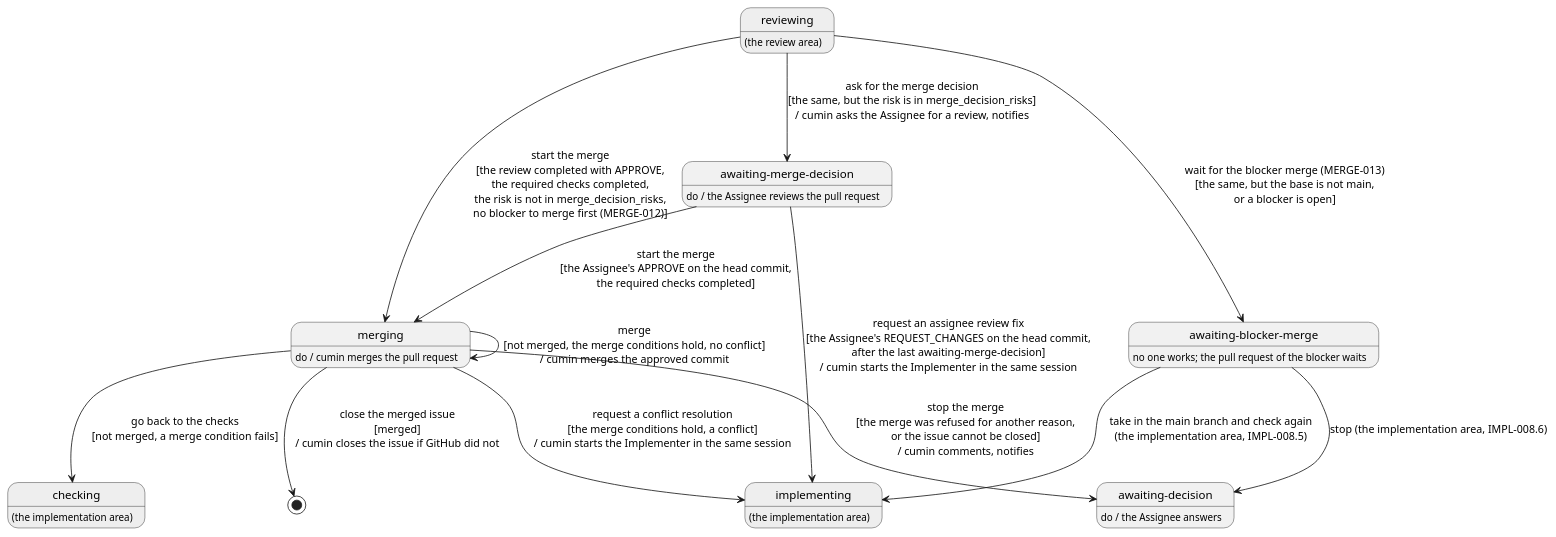
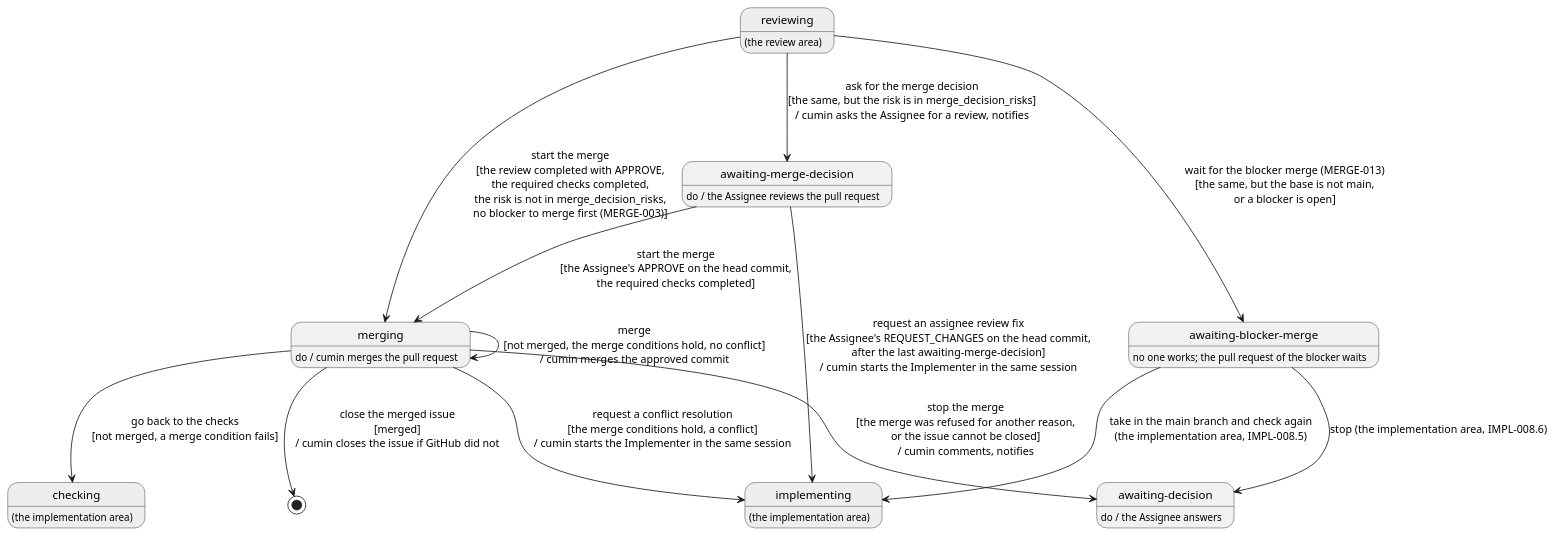
Before and after one commit to cloveclovedev/cumin-works: the diagram in docs/ja/requirements/merge/overview.puml, drawn with PlantUML. The commit also changed 6 other files, not shown here.

First line of the commit message:
docs(requirements): require the blocker merge commit only of issues started on an unmerged blocker

```diff
--- a/docs/ja/requirements/merge/overview.puml
+++ b/docs/ja/requirements/merge/overview.puml
@@ -1,43 +1,43 @@
 @startuml overview
 ' cumin-works - the states of an implementation issue in the merge stage.
 ' A state is a label on GitHub, written without "cumin/status/". "do /" says who works in the state.
 ' A transition is written: action [guard] / what cumin does. A gray state belongs to another area.
 ' Render: run scripts/render-diagrams.sh at the root of the repository.
 
 hide empty description
 
 state "reviewing" as Reviewing #EEEEEE
 Reviewing : (the review area)
 
 state "awaiting-merge-decision" as MergeDecision
 MergeDecision : do / the Assignee reviews the pull request
 
 state "merging" as Merging
 Merging : do / cumin merges the pull request
 
 state "implementing" as Implementing #EEEEEE
 Implementing : (the implementation area)
 
 state "checking" as Checking #EEEEEE
 Checking : (the implementation area)
 
 state "awaiting-blocker-merge" as AwaitingBase
 AwaitingBase : no one works; the pull request of the blocker waits
 
 state "awaiting-decision" as Decision
 Decision : do / the Assignee answers
 
-Reviewing --> Merging : start the merge\n[the review completed with APPROVE,\nthe required checks completed,\nthe risk is not in merge_decision_risks,\nno blocker to merge first (MERGE-012)]
+Reviewing --> Merging : start the merge\n[the review completed with APPROVE,\nthe required checks completed,\nthe risk is not in merge_decision_risks,\nno blocker to merge first (MERGE-003)]
 Reviewing --> MergeDecision : ask for the merge decision\n[the same, but the risk is in merge_decision_risks]\n/ cumin asks the Assignee for a review, notifies
 MergeDecision --> Merging : start the merge\n[the Assignee's APPROVE on the head commit,\nthe required checks completed]
 MergeDecision --> Implementing : request an assignee review fix\n[the Assignee's REQUEST_CHANGES on the head commit,\nafter the last awaiting-merge-decision]\n/ cumin starts the Implementer in the same session
 Reviewing --> AwaitingBase : wait for the blocker merge (MERGE-013)\n[the same, but the base is not main,\nor a blocker is open]
 AwaitingBase --> Implementing : take in the main branch and check again\n(the implementation area, IMPL-008.5)
 AwaitingBase --> Decision : stop (the implementation area, IMPL-008.6)
 Merging --> Merging : merge\n[not merged, the merge conditions hold, no conflict]\n/ cumin merges the approved commit
 Merging --> [*] : close the merged issue\n[merged]\n/ cumin closes the issue if GitHub did not
 Merging --> Checking : go back to the checks\n[not merged, a merge condition fails]
 Merging --> Implementing : request a conflict resolution\n[the merge conditions hold, a conflict]\n/ cumin starts the Implementer in the same session
 Merging --> Decision : stop the merge\n[the merge was refused for another reason,\nor the issue cannot be closed]\n/ cumin comments, notifies
 
 @enduml
```
